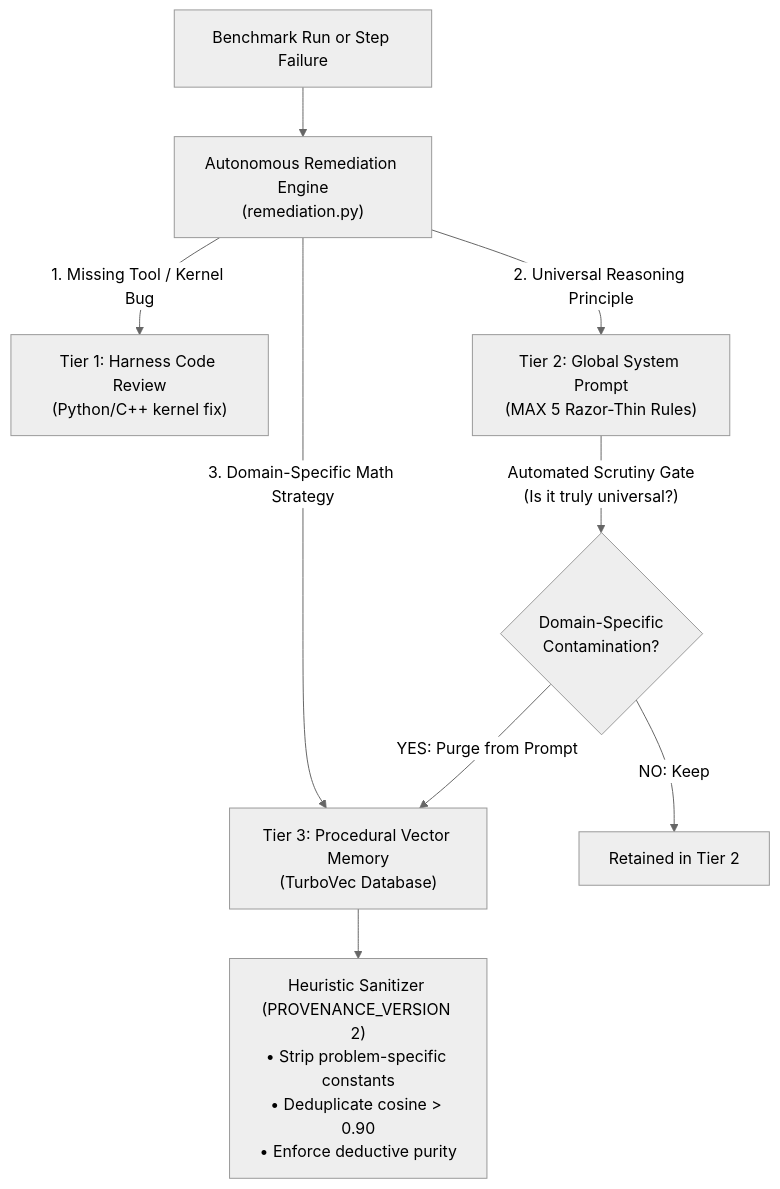
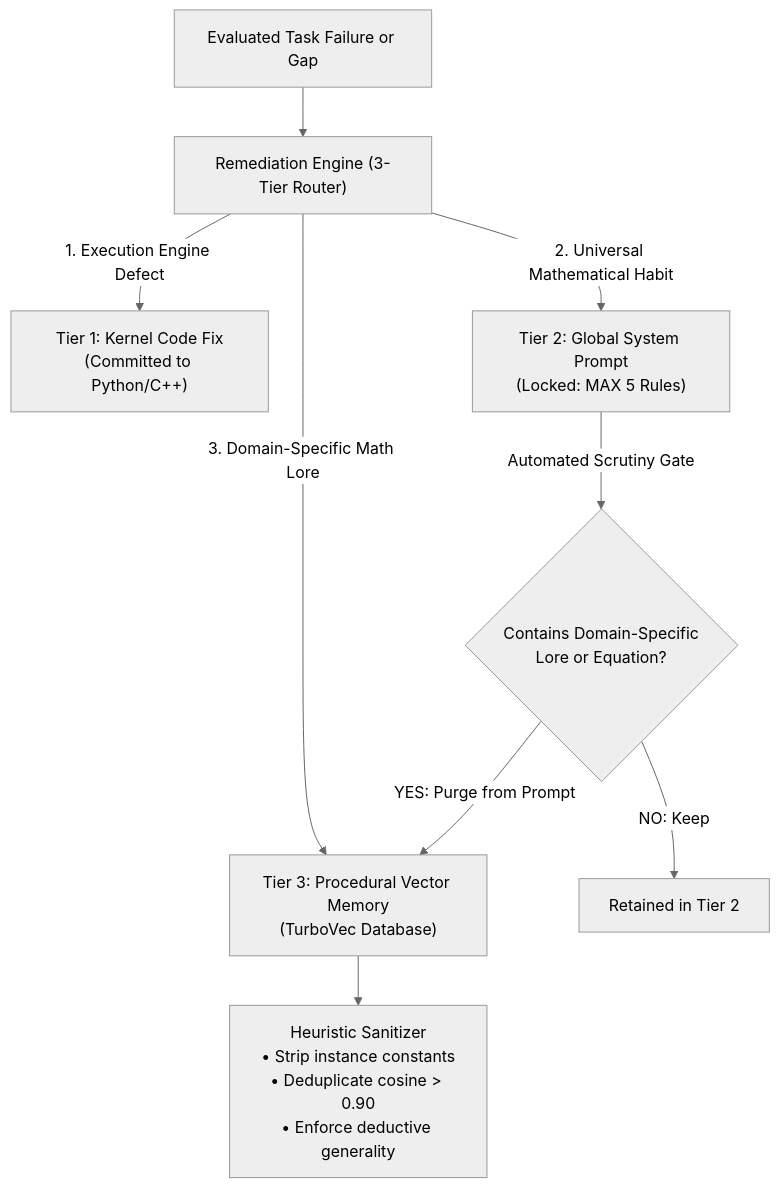
The third of 3 diagrams in docs/articles/beyond-coding-why-domain-expansion-saves-the-agent-harness.md (dionyziuz/proof_harness), drawn with Mermaid (neutral theme) before and after one commit. The commit also changed other lines of this file, not shown here.

Commit message:
docs: rewrite article from our own primary viewpoint as proof_harness builders

````diff
--- a/docs/articles/beyond-coding-why-domain-expansion-saves-the-agent-harness.md
+++ b/docs/articles/beyond-coding-why-domain-expansion-saves-the-agent-harness.md
@@ -128,14 +166,14 @@
 ```mermaid
 flowchart TD
-    RunFail["Benchmark Run or Step Failure"] --> RemEng["Autonomous Remediation Engine\n(remediation.py)"]
+    Failure["Evaluated Task Failure or Gap"] --> Engine["Remediation Engine (3-Tier Router)"]
     
-    RemEng -->|"1. Missing Tool / Kernel Bug"| T1["Tier 1: Harness Code Review\n(Python/C++ kernel fix)"]
-    RemEng -->|"2. Universal Reasoning Principle"| T2["Tier 2: Global System Prompt\n(MAX 5 Razor-Thin Rules)"]
-    RemEng -->|"3. Domain-Specific Math Strategy"| T3["Tier 3: Procedural Vector Memory\n(TurboVec Database)"]
+    Engine -->|"1. Execution Engine Defect"| T1["Tier 1: Kernel Code Fix\n(Committed to Python/C++)"]
+    Engine -->|"2. Universal Mathematical Habit"| T2["Tier 2: Global System Prompt\n(Locked: MAX 5 Rules)"]
+    Engine -->|"3. Domain-Specific Math Lore"| T3["Tier 3: Procedural Vector Memory\n(TurboVec Database)"]
     
-    T2 -->|"Automated Scrutiny Gate\n(Is it truly universal?)"| Check{"Domain-Specific\nContamination?"}
-    Check -->|"YES: Purge from Prompt"| T3
-    Check -->|"NO: Keep"| Keep["Retained in Tier 2"]
+    T2 -->|"Automated Scrutiny Gate"| Gate{"Contains Domain-Specific\nLore or Equation?"}
+    Gate -->|"YES: Purge from Prompt"| T3
+    Gate -->|"NO: Keep"| Keep["Retained in Tier 2"]
     
-    T3 --> Sanitize["Heuristic Sanitizer (PROVENANCE_VERSION 2)\n• Strip problem-specific constants\n• Deduplicate cosine > 0.90\n• Enforce deductive purity"]
+    T3 --> Sanitize["Heuristic Sanitizer\n• Strip instance constants\n• Deduplicate cosine > 0.90\n• Enforce deductive generality"]
 ```
````
